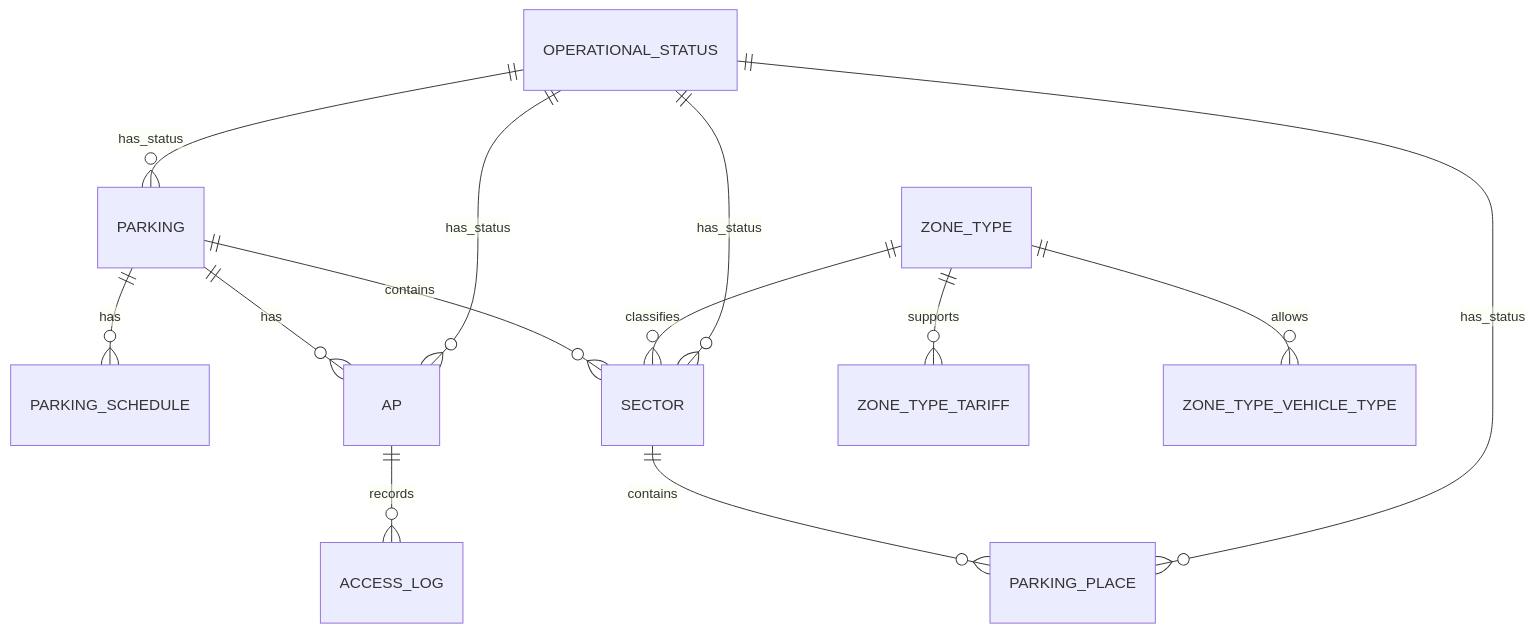
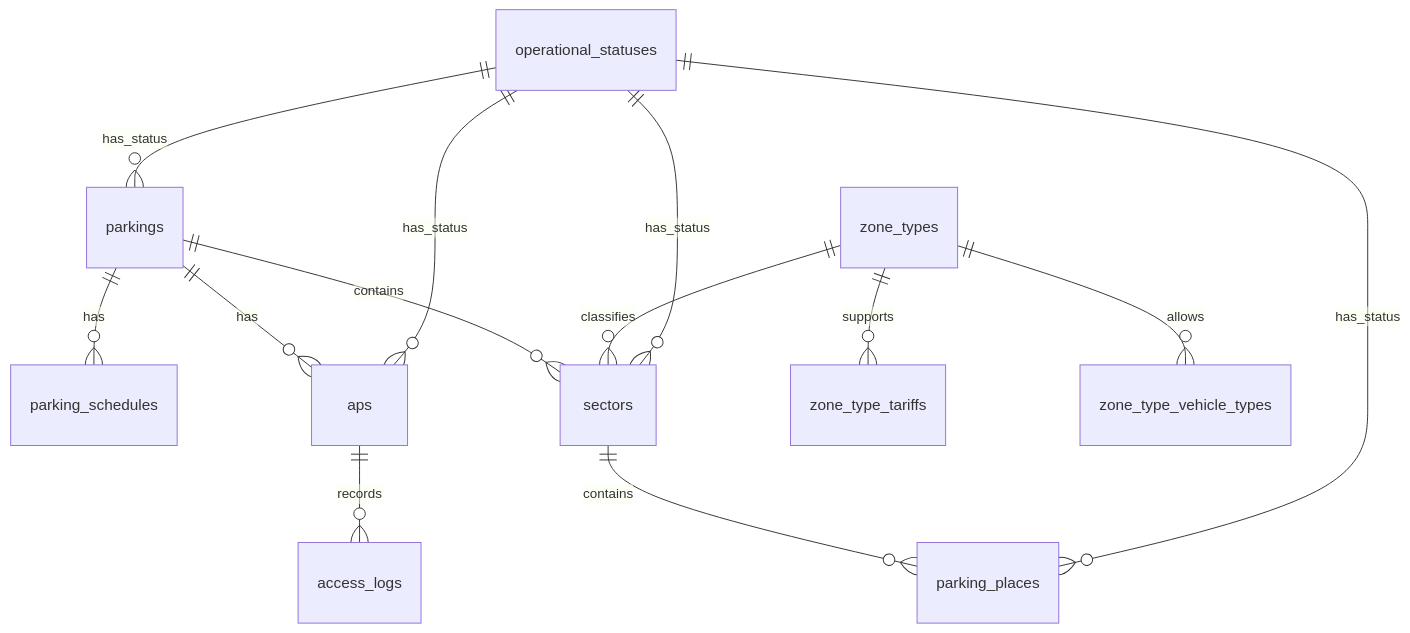
One commit to CeJIDb/sab-win-26-parking changed the diagram in docs/architecture/database/erd/erd-relationships-facility-access-log.md. Above: the diagram before and after it, drawn with Mermaid. The commit also changed other lines of this file and 5 other files, not shown here.

Commit message:
docs(architecture): обновить архитектурную документацию

````diff
--- a/docs/architecture/database/erd/erd-relationships-facility-access-log.md
+++ b/docs/architecture/database/erd/erd-relationships-facility-access-log.md
@@ -230,18 +49,18 @@
 ```mermaid
 erDiagram
-    PARKING ||--o{ PARKING_SCHEDULE : has
-    PARKING ||--o{ SECTOR : contains
-    PARKING ||--o{ AP : has
+    parkings ||--o{ parking_schedules : has
+    parkings ||--o{ sectors : contains
+    parkings ||--o{ aps : has
 
-    ZONE_TYPE ||--o{ SECTOR : classifies
-    SECTOR ||--o{ PARKING_PLACE : contains
+    zone_types ||--o{ sectors : classifies
+    sectors ||--o{ parking_places : contains
 
-    OPERATIONAL_STATUS ||--o{ PARKING : has_status
-    OPERATIONAL_STATUS ||--o{ SECTOR : has_status
-    OPERATIONAL_STATUS ||--o{ PARKING_PLACE : has_status
-    OPERATIONAL_STATUS ||--o{ AP : has_status
+    operational_statuses ||--o{ parkings : has_status
+    operational_statuses ||--o{ sectors : has_status
+    operational_statuses ||--o{ parking_places : has_status
+    operational_statuses ||--o{ aps : has_status
 
-    ZONE_TYPE ||--o{ ZONE_TYPE_TARIFF : supports
-    ZONE_TYPE ||--o{ ZONE_TYPE_VEHICLE_TYPE : allows
-    AP ||--o{ ACCESS_LOG : records
+    zone_types ||--o{ zone_type_tariffs : supports
+    zone_types ||--o{ zone_type_vehicle_types : allows
+    aps ||--o{ access_logs : records
 ```
````
